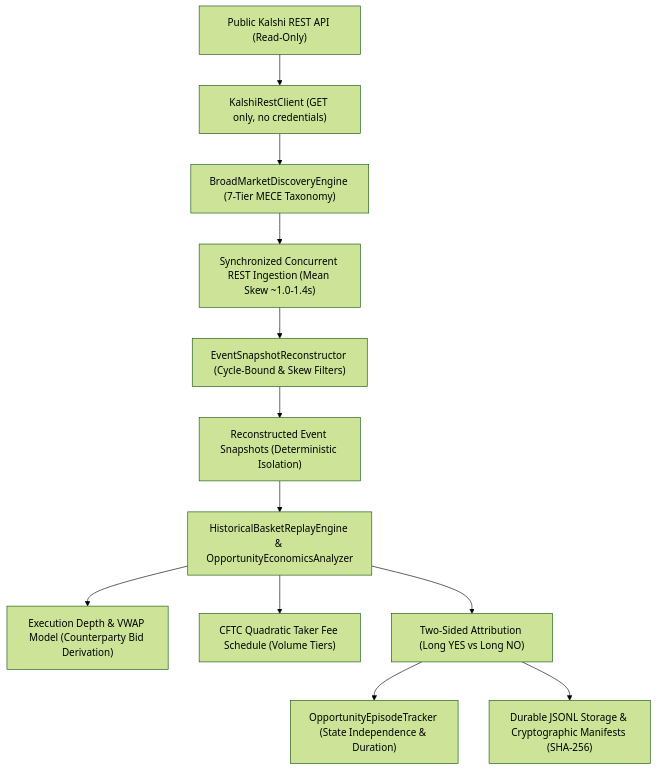
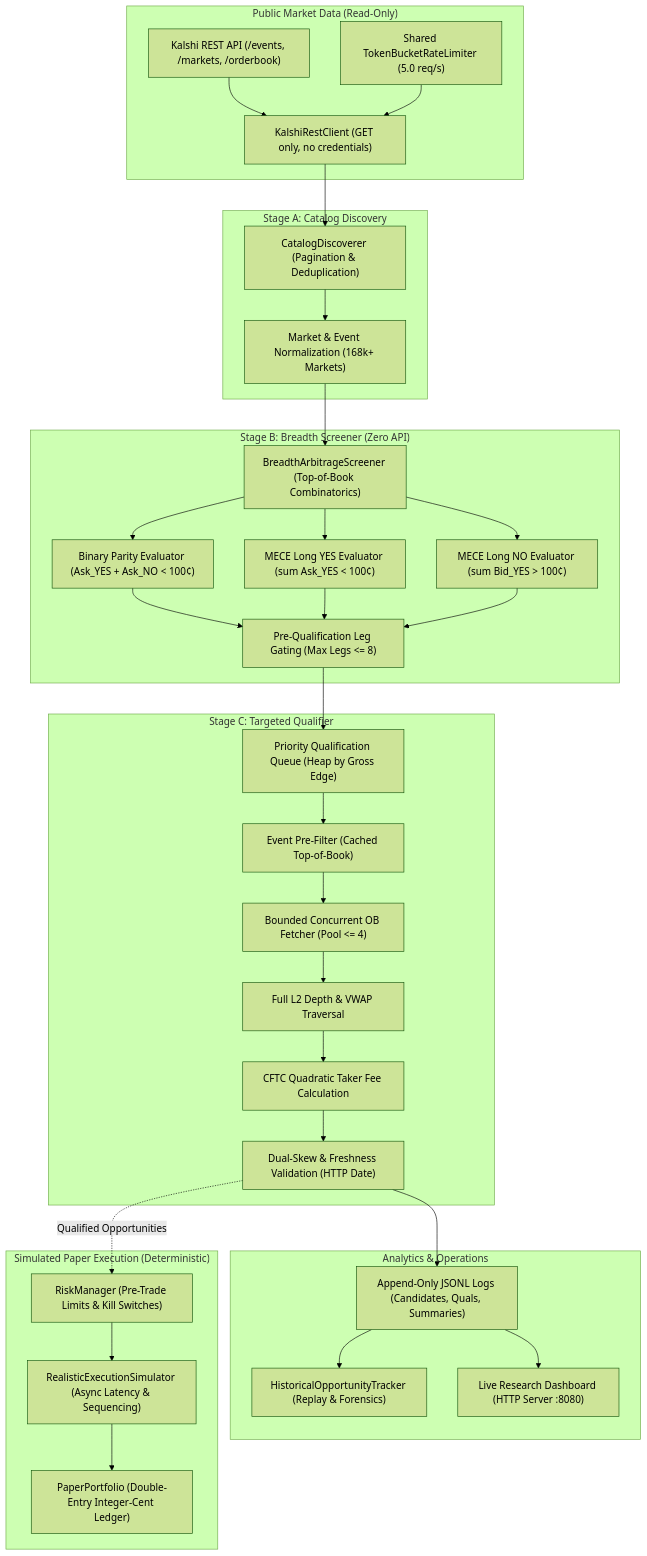
Before and after one commit to vikramaditya7z/engine-kal-t-1: the first of 2 diagrams in README.md, drawn with Mermaid (forest theme). The commit also changed other lines of this file, not shown here.

Commit message:
docs: refine V1.0.0 README and research findings

````diff
--- a/README.md
+++ b/README.md
@@ -22,14 +48,54 @@
 ```mermaid
 flowchart TD
-    A["Public Kalshi REST API (Read-Only)"] --> B["KalshiRestClient (GET only, no credentials)"]
-    B --> C["BroadMarketDiscoveryEngine (7-Tier MECE Taxonomy)"]
-    C --> D["Synchronized Concurrent REST Ingestion (Mean Skew ~1.0-1.4s)"]
-    D --> E["EventSnapshotReconstructor (Cycle-Bound & Skew Filters)"]
-    E --> F["Reconstructed Event Snapshots (Deterministic Isolation)"]
-    F --> G["HistoricalBasketReplayEngine & OpportunityEconomicsAnalyzer"]
-    G --> H["Execution Depth & VWAP Model (Counterparty Bid Derivation)"]
-    G --> I["CFTC Quadratic Taker Fee Schedule (Volume Tiers)"]
-    G --> J["Two-Sided Attribution (Long YES vs Long NO)"]
-    J --> K["OpportunityEpisodeTracker (State Independence & Duration)"]
-    J --> L["Durable JSONL Storage & Cryptographic Manifests (SHA-256)"]
+    subgraph MarketData ["Public Market Data (Read-Only)"]
+        API["Kalshi REST API (/events, /markets, /orderbook)"]
+        Client["KalshiRestClient (GET only, no credentials)"]
+        Limiter["Shared TokenBucketRateLimiter (5.0 req/s)"]
+    end
+
+    subgraph StageA ["Stage A: Catalog Discovery"]
+        Disc["CatalogDiscoverer (Pagination & Deduplication)"]
+        Norm["Market & Event Normalization (168k+ Markets)"]
+    end
+
+    subgraph StageB ["Stage B: Breadth Screener (Zero API)"]
+        Screener["BreadthArbitrageScreener (Top-of-Book Combinatorics)"]
+        Parity["Binary Parity Evaluator (Ask_YES + Ask_NO < 100¢)"]
+        MECE_YES["MECE Long YES Evaluator (sum Ask_YES < 100¢)"]
+        MECE_NO["MECE Long NO Evaluator (sum Bid_YES > 100¢)"]
+        Gate["Pre-Qualification Leg Gating (Max Legs <= 8)"]
+    end
+
+    subgraph StageC ["Stage C: Targeted Qualifier"]
+        Queue["Priority Qualification Queue (Heap by Gross Edge)"]
+        PreFilter["Event Pre-Filter (Cached Top-of-Book)"]
+        OBPool["Bounded Concurrent OB Fetcher (Pool <= 4)"]
+        L2Eval["Full L2 Depth & VWAP Traversal"]
+        CFTCFee["CFTC Quadratic Taker Fee Calculation"]
+        Skew["Dual-Skew & Freshness Validation (HTTP Date)"]
+    end
+
+    subgraph Analytics ["Analytics & Operations"]
+        JSONL["Append-Only JSONL Logs (Candidates, Quals, Summaries)"]
+        Tracker["HistoricalOpportunityTracker (Replay & Forensics)"]
+        Dash["Live Research Dashboard (HTTP Server :8080)"]
+    end
+
+    subgraph PaperTrading ["Simulated Paper Execution (Deterministic)"]
+        Risk["RiskManager (Pre-Trade Limits & Kill Switches)"]
+        Sim["RealisticExecutionSimulator (Async Latency & Sequencing)"]
+        Ledger["PaperPortfolio (Double-Entry Integer-Cent Ledger)"]
+    end
+
+    API --> Client
+    Limiter --> Client
+    Client --> Disc --> Norm
+    Norm --> Screener
+    Screener --> Parity & MECE_YES & MECE_NO
+    Parity & MECE_YES & MECE_NO --> Gate
+    Gate --> Queue
+    Queue --> PreFilter --> OBPool --> L2Eval --> CFTCFee --> Skew
+    Skew --> JSONL
+    JSONL --> Tracker & Dash
+    Skew -.->|"Qualified Opportunities"| Risk --> Sim --> Ledger
 ```
````
